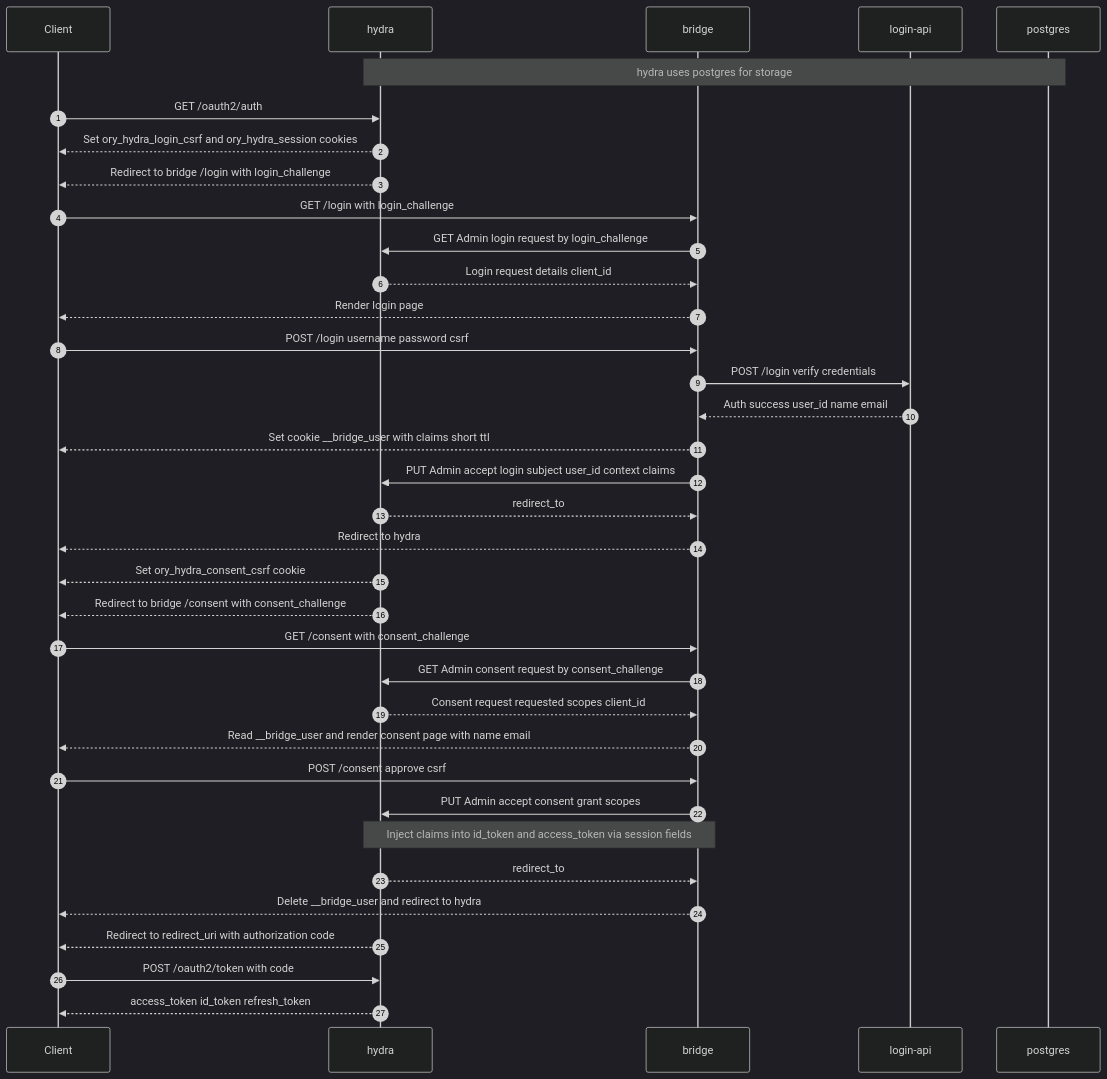
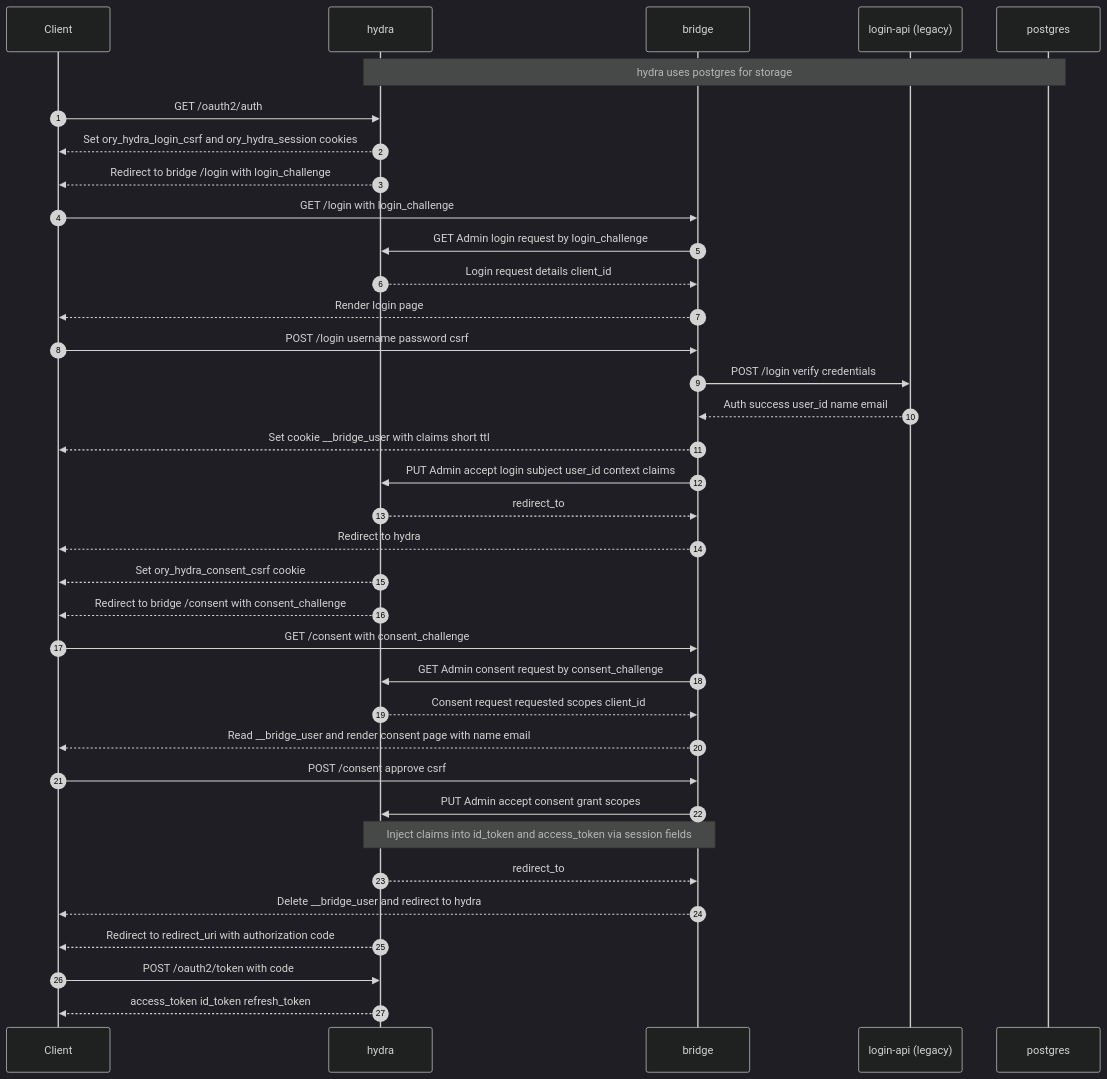
The diagram in README.md (nduyhai/hydra-bridge), drawn with Mermaid (dark theme) before and after one commit.

````diff
--- a/README.md
+++ b/README.md
@@ -32,40 +32,40 @@
 ```mermaid
 sequenceDiagram
   autonumber
   participant Client
   participant hydra as hydra
   participant bridge as bridge
-  participant login_api as login-api
+  participant login_api as login-api (legacy)
   participant postgres as postgres
   Note over hydra, postgres: hydra uses postgres for storage
   Client ->> hydra: GET /oauth2/auth
   hydra -->> Client: Set ory_hydra_login_csrf and ory_hydra_session cookies
   hydra -->> Client: Redirect to bridge /login with login_challenge
   Client ->> bridge: GET /login with login_challenge
   bridge ->> hydra: GET Admin login request by login_challenge
   hydra -->> bridge: Login request details client_id
   bridge -->> Client: Render login page
   Client ->> bridge: POST /login username password csrf
   bridge ->> login_api: POST /login verify credentials
   login_api -->> bridge: Auth success user_id name email
   bridge -->> Client: Set cookie __bridge_user with claims short ttl
   bridge ->> hydra: PUT Admin accept login subject user_id context claims
   hydra -->> bridge: redirect_to
   bridge -->> Client: Redirect to hydra
   hydra -->> Client: Set ory_hydra_consent_csrf cookie
   hydra -->> Client: Redirect to bridge /consent with consent_challenge
   Client ->> bridge: GET /consent with consent_challenge
   bridge ->> hydra: GET Admin consent request by consent_challenge
   hydra -->> bridge: Consent request requested scopes client_id
   bridge -->> Client: Read __bridge_user and render consent page with name email
   Client ->> bridge: POST /consent approve csrf
   bridge ->> hydra: PUT Admin accept consent grant scopes
   Note over bridge, hydra: Inject claims into id_token and access_token via session fields
   hydra -->> bridge: redirect_to
   bridge -->> Client: Delete __bridge_user and redirect to hydra
   hydra -->> Client: Redirect to redirect_uri with authorization code
   Client ->> hydra: POST /oauth2/token with code
   hydra -->> Client: access_token id_token refresh_token
 
 
 ```
````
